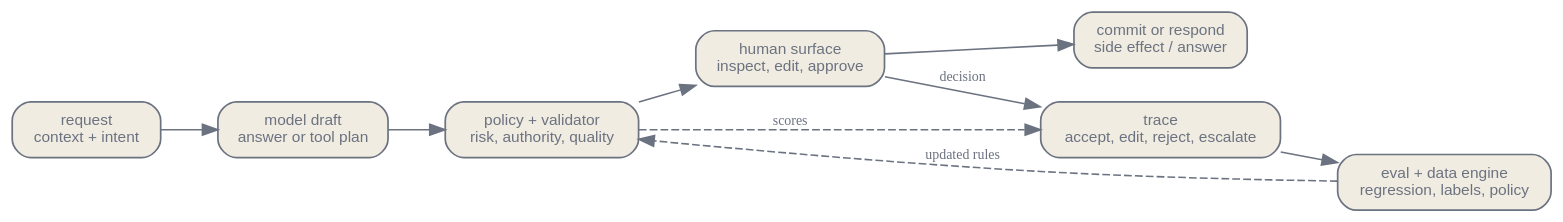
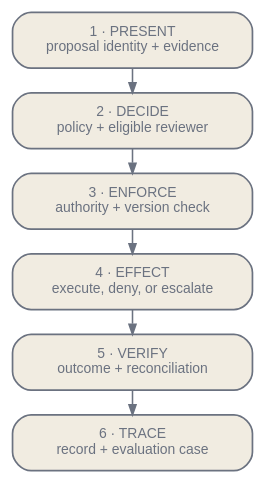
The diagram in en/practice/11-human-interface-oversight.qmd (latere-ai/ai-as-an-infrastructure), drawn with Graphviz before and after one commit. The commit also changed other lines of this file and 4 other files, not shown here.

Commit message:
docs: rewrite human oversight interfaces

````diff
--- a/en/practice/11-human-interface-oversight.qmd
+++ b/en/practice/11-human-interface-oversight.qmd
@@ -44,24 +61,20 @@
 ```{dot}
 //| label: fig-human-interface-control-plane
-//| fig-cap: "The human interface as a control plane. Model output, policy checks, UI review, side effects, and trace capture form one circuit; the interface is the point where a person can change the path."
+//| fig-cap: "An oversight interface becomes a control only when the decision is enforced at commit and the resulting effect is verified. Every transition contributes to one trace."
 digraph oversight {
-  rankdir=LR;
+  rankdir=TB;
   bgcolor="transparent";
-  node [shape=box, style="rounded,filled", fontname="Helvetica", fontsize=10, color="#6b7280", fontcolor="#6b7280", fillcolor="#f1ece1", penwidth=1.1];
-  edge [color="#6b7280", fontcolor="#6b7280", fontsize=9];
+  graph [nodesep=0.12, ranksep=0.22, pad=0.04];
+  node [shape=box, style="rounded,filled", width=2.15, margin="0.08,0.05", fontname="Helvetica", fontsize=9, color="#6b7280", fontcolor="#6b7280", fillcolor="#f1ece1", penwidth=1.1];
+  edge [color="#6b7280", arrowsize=0.65];
 
-  req [label="request\ncontext + intent"];
-  draft [label="model draft\nanswer or tool plan"];
-  check [label="policy + validator\nrisk, authority, quality"];
-  ui [label="human surface\ninspect, edit, approve"];
-  act [label="commit or respond\nside effect / answer"];
-  trace [label="trace\naccept, edit, reject, escalate"];
-  eval [label="eval + data engine\nregression, labels, policy"];
+  proposal [label="1 · PRESENT\nproposal identity + evidence"];
+  decision [label="2 · DECIDE\npolicy + eligible reviewer"];
+  commit [label="3 · ENFORCE\nauthority + version check"];
+  effect [label="4 · EFFECT\nexecute, deny, or escalate"];
+  outcome [label="5 · VERIFY\noutcome + reconciliation"];
+  trace [label="6 · TRACE\nrecord + evaluation case"];
 
-  req -> draft -> check -> ui -> act;
-  ui -> trace [label="decision"];
-  check -> trace [style=dashed, label="scores"];
-  trace -> eval;
-  eval -> check [style=dashed, label="updated rules"];
+  proposal -> decision -> commit -> effect -> outcome -> trace;
 }
 ```
````
